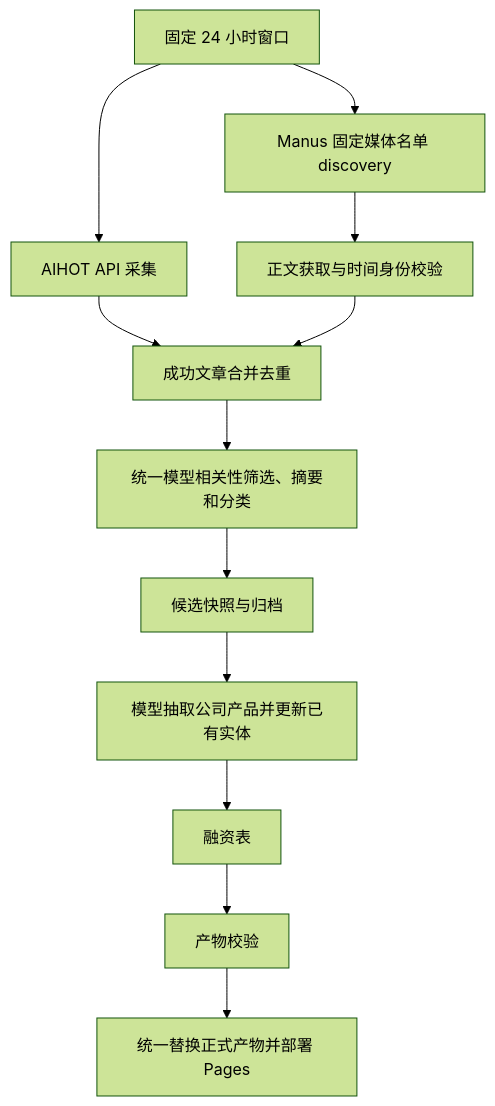
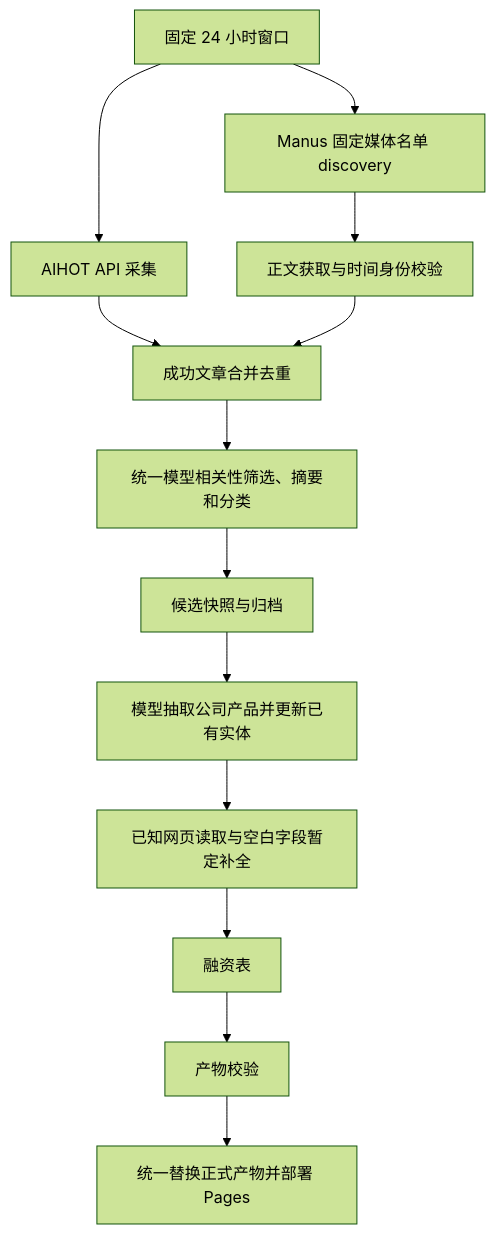
The diagram in docs/architecture/UNIFIED_NEWS_PIPELINE.md (hfshooting-alt/AI-HOT), drawn with Mermaid (forest theme) before and after one commit. The commit also changed other lines of this file and 17 other files, not shown here.

````diff
--- a/docs/architecture/UNIFIED_NEWS_PIPELINE.md
+++ b/docs/architecture/UNIFIED_NEWS_PIPELINE.md
@@ -11,14 +13,15 @@
 ```mermaid
 flowchart TD
     Start[固定 24 小时窗口] --> AIHOT[AIHOT API 采集]
     Start --> Manus[Manus 固定媒体名单 discovery]
     Manus --> Body[正文获取与时间身份校验]
     AIHOT --> Pool[成功文章合并去重]
     Body --> Pool
     Pool --> News[统一模型相关性筛选、摘要和分类]
     News --> Snapshot[候选快照与归档]
     Snapshot --> Companies[模型抽取公司产品并更新已有实体]
-    Companies --> Funding[融资表]
+    Companies --> Research[已知网页读取与空白字段暂定补全]
+    Research --> Funding[融资表]
     Funding --> Gate[产物校验]
     Gate --> Publish[统一替换正式产物并部署 Pages]
 ```
````
